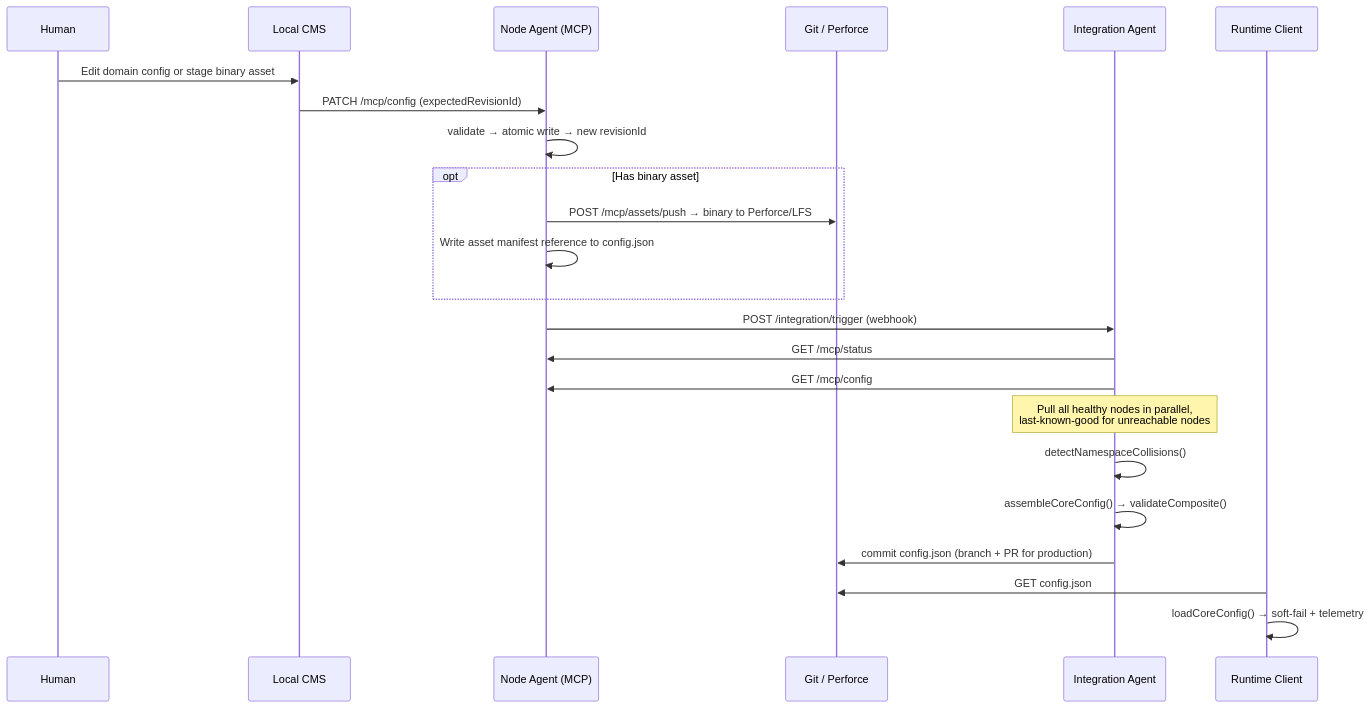
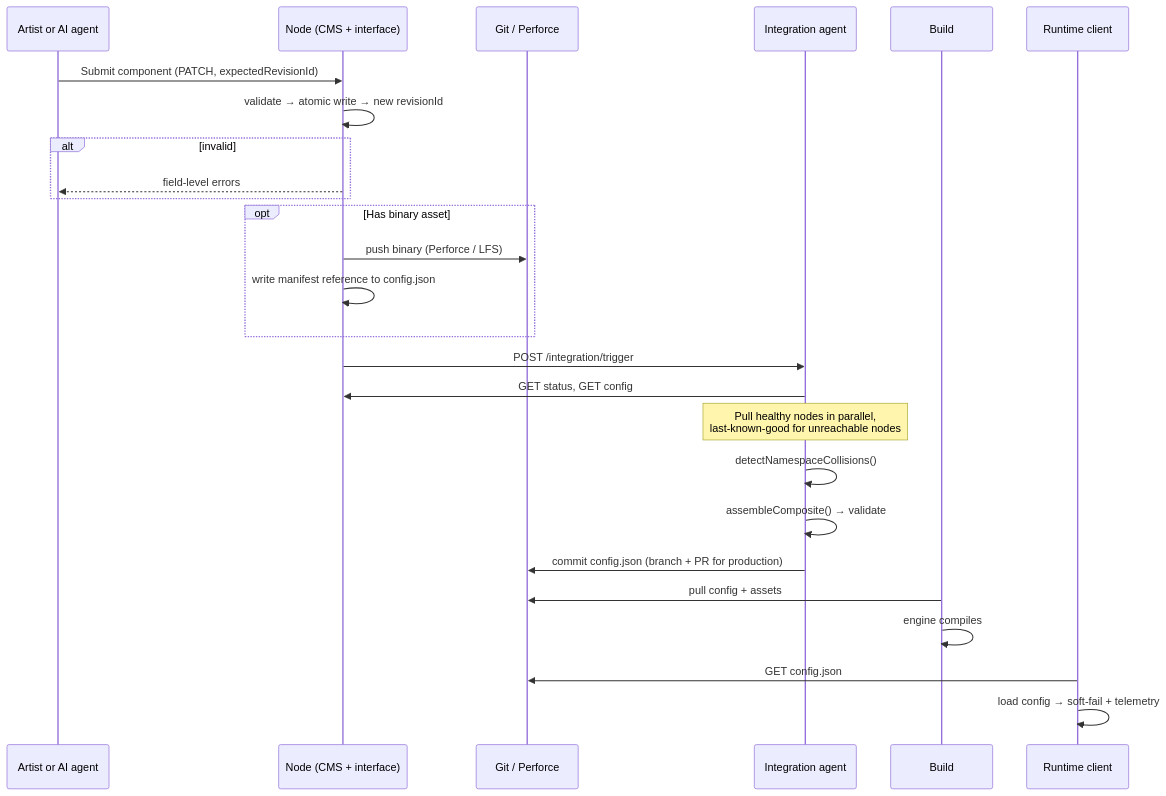
Before and after one commit to themagickingsman/optical-illusion: the third of 3 diagrams in Federated_Pipeline_Agent_Blueprint_04.md, drawn with Mermaid. The commit also changed other lines of this file, not shown here.

````diff
--- a/Federated_Pipeline_Agent_Blueprint_04.md
+++ b/Federated_Pipeline_Agent_Blueprint_04.md
@@ -489,28 +610,29 @@
 ```mermaid
 sequenceDiagram
-    participant H as Human
-    participant CMS as Local CMS
-    participant A as Node Agent (MCP)
+    participant H as Artist or AI agent
+    participant N as Node (CMS + interface)
     participant VCS as Git / Perforce
-    participant IA as Integration Agent
-    participant RT as Runtime Client
+    participant IA as Integration agent
+    participant B as Build
+    participant RT as Runtime client
 
-    H->>CMS: Edit domain config or stage binary asset
-    CMS->>A: PATCH /mcp/config (expectedRevisionId)
-    A->>A: validate → atomic write → new revisionId
-
+    H->>N: Submit component (PATCH, expectedRevisionId)
+    N->>N: validate → atomic write → new revisionId
+    alt invalid
+        N-->>H: field-level errors
+    end
     opt Has binary asset
-        A->>VCS: POST /mcp/assets/push → binary to Perforce/LFS
-        A->>A: Write asset manifest reference to config.json
+        N->>VCS: push binary (Perforce / LFS)
+        N->>N: write manifest reference to config.json
     end
-
-    A->>IA: POST /integration/trigger (webhook)
-    IA->>A: GET /mcp/status
-    IA->>A: GET /mcp/config
-    Note over IA: Pull all healthy nodes in parallel,<br/>last-known-good for unreachable nodes
+    N->>IA: POST /integration/trigger
+    IA->>N: GET status, GET config
+    Note over IA: Pull healthy nodes in parallel,<br/>last-known-good for unreachable nodes
     IA->>IA: detectNamespaceCollisions()
-    IA->>IA: assembleCoreConfig() → validateComposite()
+    IA->>IA: assembleComposite() → validate
     IA->>VCS: commit config.json (branch + PR for production)
+    B->>VCS: pull config + assets
+    B->>B: engine compiles
     RT->>VCS: GET config.json
-    RT->>RT: loadCoreConfig() → soft-fail + telemetry
+    RT->>RT: load config → soft-fail + telemetry
 ```
````
